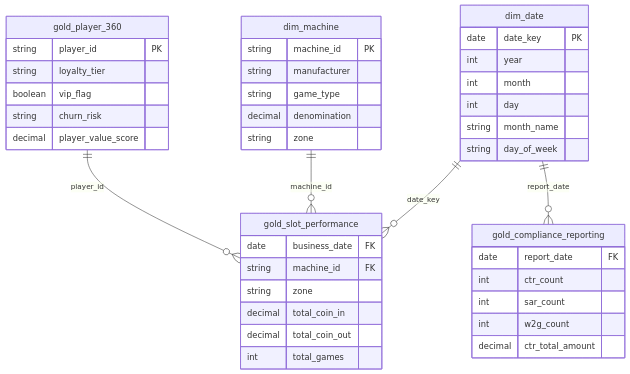
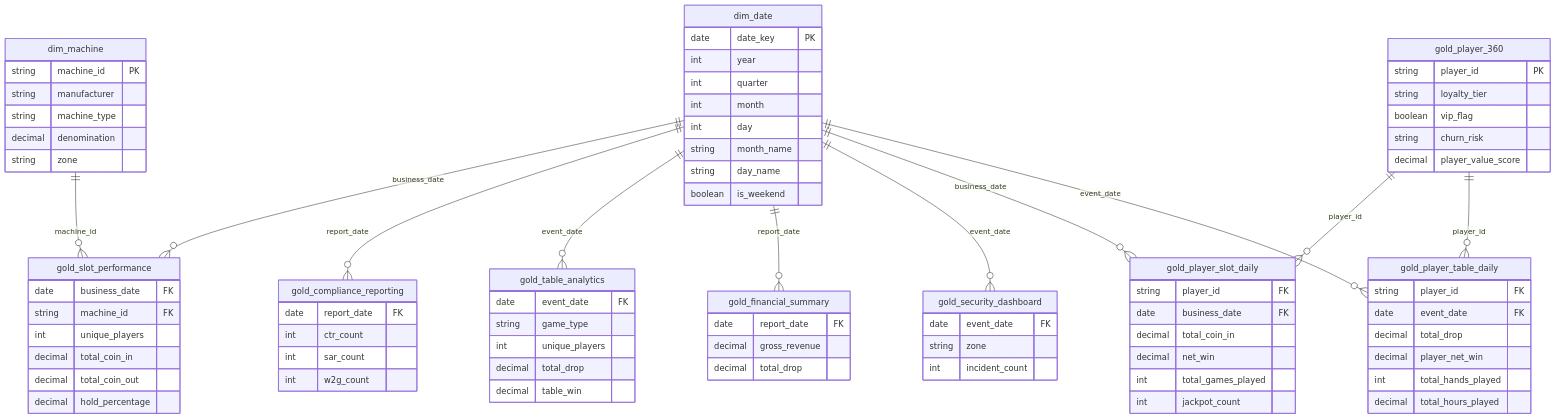
Before and after one commit to fgarofalo56/Supercharge_Microsoft_Fabric: the second of 3 diagrams in tutorials/05-direct-lake-powerbi/README.md, drawn with Mermaid. The commit also changed other lines of this file and 5 other files, not shown here.

````diff
--- a/tutorials/05-direct-lake-powerbi/README.md
+++ b/tutorials/05-direct-lake-powerbi/README.md
@@ -207,34 +221,33 @@
 ```mermaid
 erDiagram
-    dim_date ||--o{ gold_slot_performance : "date_key"
+    dim_date ||--o{ gold_slot_performance : "business_date"
     dim_date ||--o{ gold_compliance_reporting : "report_date"
+    dim_date ||--o{ gold_table_analytics : "event_date"
+    dim_date ||--o{ gold_financial_summary : "report_date"
+    dim_date ||--o{ gold_security_dashboard : "event_date"
+    dim_date ||--o{ gold_player_slot_daily : "business_date"
+    dim_date ||--o{ gold_player_table_daily : "event_date"
     dim_machine ||--o{ gold_slot_performance : "machine_id"
-    gold_player_360 ||--o{ gold_slot_performance : "player_id"
+    gold_player_360 ||--o{ gold_player_slot_daily : "player_id"
+    gold_player_360 ||--o{ gold_player_table_daily : "player_id"
 
     dim_date {
         date date_key PK
         int year
+        int quarter
         int month
         int day
         string month_name
-        string day_of_week
+        string day_name
+        boolean is_weekend
     }
 
     dim_machine {
         string machine_id PK
         string manufacturer
-        string game_type
+        string machine_type
         decimal denomination
         string zone
-    }
-
-    gold_slot_performance {
-        date business_date FK
-        string machine_id FK
-        string zone
-        decimal total_coin_in
-        decimal total_coin_out
-        int total_games
     }
 
     gold_player_360 {
@@ -245,11 +258,57 @@
         decimal player_value_score
     }
 
+    gold_slot_performance {
+        date business_date FK
+        string machine_id FK
+        int unique_players
+        decimal total_coin_in
+        decimal total_coin_out
+        decimal hold_percentage
+    }
+
+    gold_table_analytics {
+        date event_date FK
+        string game_type
+        int unique_players
+        decimal total_drop
+        decimal table_win
+    }
+
+    gold_player_slot_daily {
+        string player_id FK
+        date business_date FK
+        decimal total_coin_in
+        decimal net_win
+        int total_games_played
+        int jackpot_count
+    }
+
+    gold_player_table_daily {
+        string player_id FK
+        date event_date FK
+        decimal total_drop
+        decimal player_net_win
+        int total_hands_played
+        decimal total_hours_played
+    }
+
     gold_compliance_reporting {
         date report_date FK
         int ctr_count
         int sar_count
         int w2g_count
-        decimal ctr_total_amount
+    }
+
+    gold_financial_summary {
+        date report_date FK
+        decimal gross_revenue
+        decimal total_drop
+    }
+
+    gold_security_dashboard {
+        date event_date FK
+        string zone
+        int incident_count
     }
 ```
````
